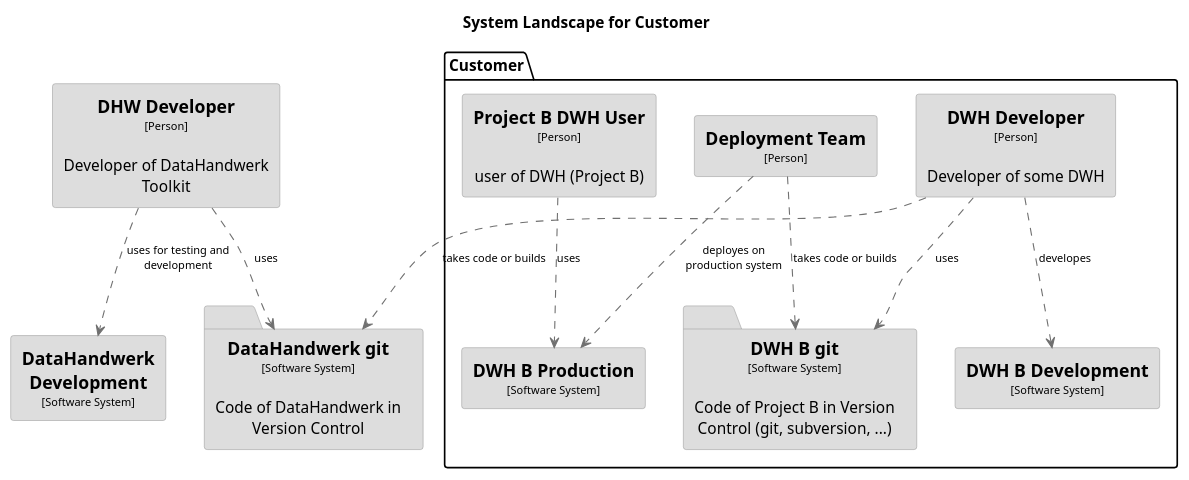
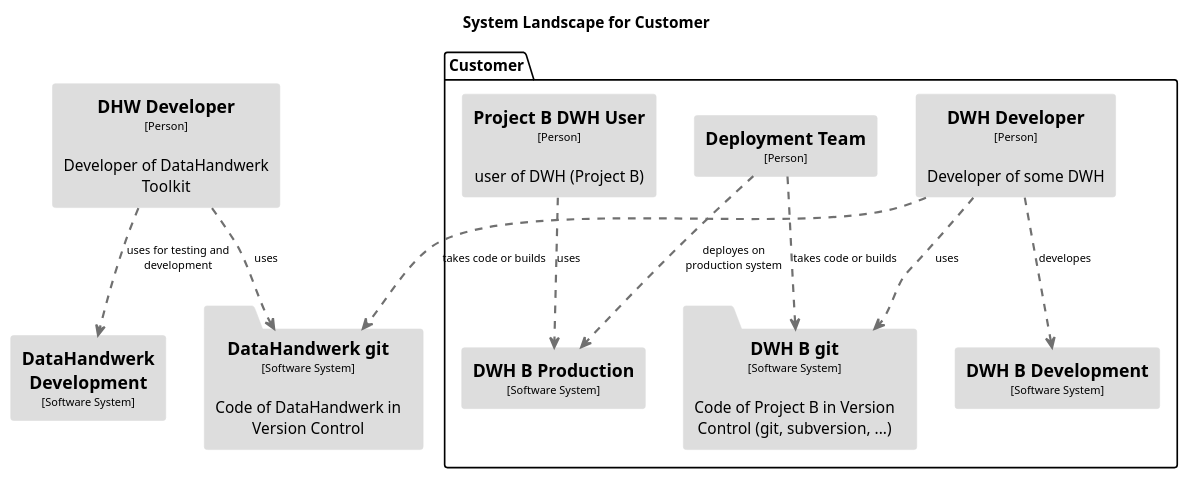
One commit to DataHandwerk/dhw-antora-docs changed the diagram in docs/modules/arc/partials/c4_dsl/puml/structurizr-SystemLandscape.puml. Above: the diagram before and after it, drawn with PlantUML. The commit also changed 2689 other files, not shown here.

```diff
--- a/docs/modules/arc/partials/c4_dsl/puml/structurizr-SystemLandscape.puml
+++ b/docs/modules/arc/partials/c4_dsl/puml/structurizr-SystemLandscape.puml
@@ -1,77 +1,77 @@
 @startuml(id=SystemLandscape)
 title System Landscape for Customer
 
 skinparam {
   shadowing false
   arrowFontSize 10
   defaultTextAlignment center
   wrapWidth 200
   maxMessageSize 100
 }
 hide stereotype
 top to bottom direction
 skinparam rectangle<<1>> {
   BackgroundColor #dddddd
   FontColor #000000
-  BorderColor #9A9A9A
+  BorderColor #dddddd
+}
+skinparam folder<<35>> {
+  BackgroundColor #dddddd
+  FontColor #000000
+  BorderColor #dddddd
 }
 skinparam rectangle<<2>> {
   BackgroundColor #dddddd
   FontColor #000000
-  BorderColor #9A9A9A
-}
-skinparam rectangle<<25>> {
-  BackgroundColor #dddddd
-  FontColor #000000
-  BorderColor #9A9A9A
+  BorderColor #dddddd
 }
 skinparam rectangle<<3>> {
   BackgroundColor #dddddd
   FontColor #000000
-  BorderColor #9A9A9A
+  BorderColor #dddddd
 }
 skinparam rectangle<<4>> {
   BackgroundColor #dddddd
   FontColor #000000
-  BorderColor #9A9A9A
-}
-skinparam folder<<27>> {
-  BackgroundColor #dddddd
-  FontColor #000000
-  BorderColor #9A9A9A
+  BorderColor #dddddd
 }
 skinparam rectangle<<28>> {
   BackgroundColor #dddddd
   FontColor #000000
-  BorderColor #9A9A9A
+  BorderColor #dddddd
 }
-skinparam rectangle<<29>> {
+skinparam folder<<30>> {
   BackgroundColor #dddddd
   FontColor #000000
-  BorderColor #9A9A9A
+  BorderColor #dddddd
 }
-skinparam folder<<32>> {
+skinparam rectangle<<31>> {
   BackgroundColor #dddddd
   FontColor #000000
-  BorderColor #9A9A9A
+  BorderColor #dddddd
 }
-rectangle "==DHW Developer\n<size:10>[Person]</size>\n\nDeveloper of DataHandwerk Toolkit" <<28>> as 28
-rectangle "==DataHandwerk Development\n<size:10>[Software System]</size>" <<29>> as 29
-folder "==DataHandwerk git\n<size:10>[Software System]</size>\n\nCode of DataHandwerk in Version Control" <<32>> as 32
+skinparam rectangle<<32>> {
+  BackgroundColor #dddddd
+  FontColor #000000
+  BorderColor #dddddd
+}
+rectangle "==DHW Developer\n<size:10>[Person]</size>\n\nDeveloper of DataHandwerk Toolkit" <<31>> as 31
+rectangle "==DataHandwerk Development\n<size:10>[Software System]</size>" <<32>> as 32
+folder "==DataHandwerk git\n<size:10>[Software System]</size>\n\nCode of DataHandwerk in Version Control" <<35>> as 35
 package "Customer" {
   rectangle "==DWH Developer\n<size:10>[Person]</size>\n\nDeveloper of some DWH" <<1>> as 1
   rectangle "==Deployment Team\n<size:10>[Person]</size>" <<2>> as 2
   rectangle "==Project B DWH User\n<size:10>[Person]</size>\n\nuser of DWH (Project B)" <<3>> as 3
   rectangle "==DWH B Development\n<size:10>[Software System]</size>" <<4>> as 4
-  rectangle "==DWH B Production\n<size:10>[Software System]</size>" <<25>> as 25
-  folder "==DWH B git\n<size:10>[Software System]</size>\n\nCode of Project B in Version Control (git, subversion, ...)" <<27>> as 27
+  rectangle "==DWH B Production\n<size:10>[Software System]</size>" <<28>> as 28
+  folder "==DWH B git\n<size:10>[Software System]</size>\n\nCode of Project B in Version Control (git, subversion, ...)" <<30>> as 30
 }
-28 .[#707070].> 29 : "uses for testing and development"
-28 .[#707070].> 32 : "uses"
-1 .[#707070].> 4 : "developes"
-1 .[#707070].> 27 : "uses"
-1 .[#707070].> 32 : "takes code or builds"
-2 .[#707070].> 25 : "deployes on production system"
-2 .[#707070].> 27 : "takes code or builds"
-3 .[#707070].> 25 : "uses"
+31 .[#707070,thickness=2].> 32 : "uses for testing and development"
+31 .[#707070,thickness=2].> 35 : "uses"
+1 .[#707070,thickness=2].> 4 : "developes"
+1 .[#707070,thickness=2].> 30 : "uses"
+1 .[#707070,thickness=2].> 35 : "takes code or builds"
+2 .[#707070,thickness=2].> 28 : "deployes on production system"
+2 .[#707070,thickness=2].> 30 : "takes code or builds"
+3 .[#707070,thickness=2].> 28 : "uses"
 @enduml
```
